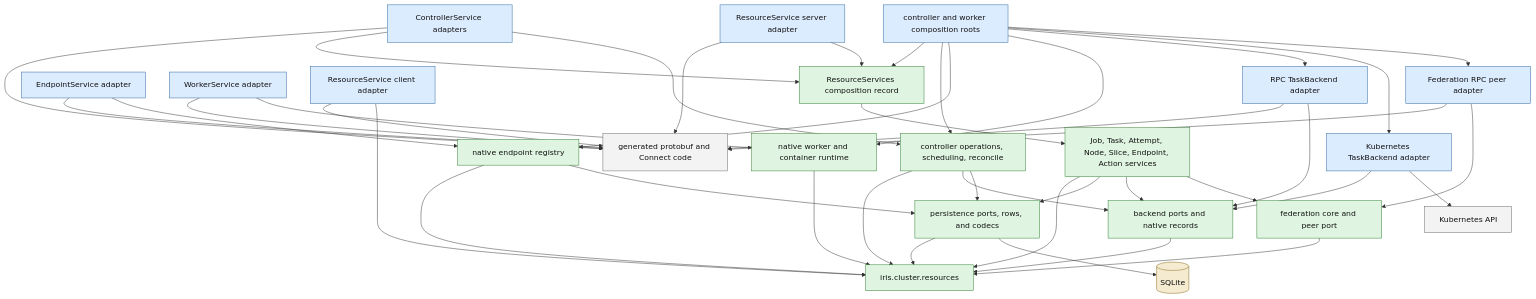
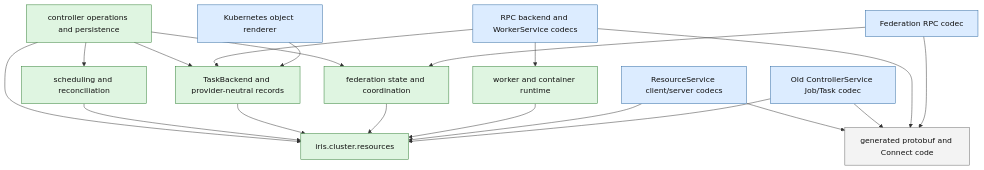
Before and after one commit to marin-community/marin: the third of 3 diagrams in .agents/projects/iris_resource_model/architecture.md, drawn with Mermaid. The commit also changed other lines of this file and 179 other files, not shown here.

````diff
--- a/.agents/projects/iris_resource_model/architecture.md
+++ b/.agents/projects/iris_resource_model/architecture.md
@@ -174,73 +155,40 @@
 ```mermaid
 flowchart TB
     classDef domain fill:#dff5e1,stroke:#2f7d32,color:#111
     classDef adapter fill:#dcecff,stroke:#2b67a0,color:#111
     classDef external fill:#f3f3f3,stroke:#666,color:#111
-    classDef store fill:#f4ebd0,stroke:#8a6d1d,color:#111
 
     resources[iris.cluster.resources]:::domain
-    backendPort[backend ports and native records]:::domain
-    federationCore[federation core and peer port]:::domain
-    persistence[persistence ports, rows, and codecs]:::domain
-    controllerCore[controller operations, scheduling, reconcile]:::domain
-    nounServices[Job, Task, Attempt, Node, Slice, Endpoint, Action services]:::domain
-    services[ResourceServices composition record]:::domain
-    endpointCore[native endpoint registry]:::domain
-    workerCore[native worker and container runtime]:::domain
+    controller[controller operations and persistence]:::domain
+    scheduling[scheduling and reconciliation]:::domain
+    backend[TaskBackend and provider-neutral records]:::domain
+    federation[federation state and coordination]:::domain
+    runtime[worker and container runtime]:::domain
 
-    resourceServer[ResourceService server adapter]:::adapter
-    legacyServer[ControllerService adapters]:::adapter
-    endpointServer[EndpointService adapter]:::adapter
-    workerServer[WorkerService adapter]:::adapter
-    resourceClient[ResourceService client adapter]:::adapter
-    rpcBackend[RPC TaskBackend adapter]:::adapter
-    k8sBackend[Kubernetes TaskBackend adapter]:::adapter
-    federationRpc[Federation RPC peer adapter]:::adapter
-    composition[controller and worker composition roots]:::adapter
+    resourceAdapter[ResourceService client/server codecs]:::adapter
+    oldAdapter[Old ControllerService Job/Task codec]:::adapter
+    workerAdapter[RPC backend and WorkerService codecs]:::adapter
+    k8sAdapter[Kubernetes object renderer]:::adapter
+    federationAdapter[Federation RPC codec]:::adapter
+    generated[generated protobuf and Connect code]:::external
 
-    generated[generated protobuf and Connect code]:::external
-    kubernetes[Kubernetes API]:::external
-    sqlite[(SQLite)]:::store
+    controller --> resources
+    scheduling --> resources
+    backend --> resources
+    federation --> resources
+    runtime --> resources
+    controller --> scheduling
+    controller --> backend
+    controller --> federation
 
-    backendPort --> resources
-    federationCore --> resources
-    persistence --> resources
-    controllerCore --> resources
-    controllerCore --> backendPort
-    controllerCore --> persistence
-    nounServices --> resources
-    nounServices --> persistence
-    nounServices --> backendPort
-    nounServices --> federationCore
-    services --> nounServices
-    endpointCore --> resources
-    endpointCore --> persistence
-    workerCore --> resources
-
-    resourceServer --> generated
-    resourceServer --> services
-    legacyServer --> generated
-    legacyServer --> services
-    legacyServer --> controllerCore
-    endpointServer --> generated
-    endpointServer --> endpointCore
-    workerServer --> generated
-    workerServer --> workerCore
-    resourceClient --> generated
-    resourceClient --> resources
-    rpcBackend --> generated
-    rpcBackend --> backendPort
-    k8sBackend --> backendPort
-    k8sBackend --> kubernetes
-    federationRpc --> generated
-    federationRpc --> federationCore
-
-    composition --> services
-    composition --> controllerCore
-    composition --> endpointCore
-    composition --> workerCore
-    composition --> rpcBackend
-    composition --> k8sBackend
-    composition --> federationRpc
-    persistence --> sqlite
+    resourceAdapter --> resources
+    resourceAdapter --> generated
+    oldAdapter --> resources
+    oldAdapter --> generated
+    workerAdapter --> backend
+    workerAdapter --> runtime
+    workerAdapter --> generated
+    k8sAdapter --> backend
+    federationAdapter --> federation
+    federationAdapter --> generated
 ```
````
